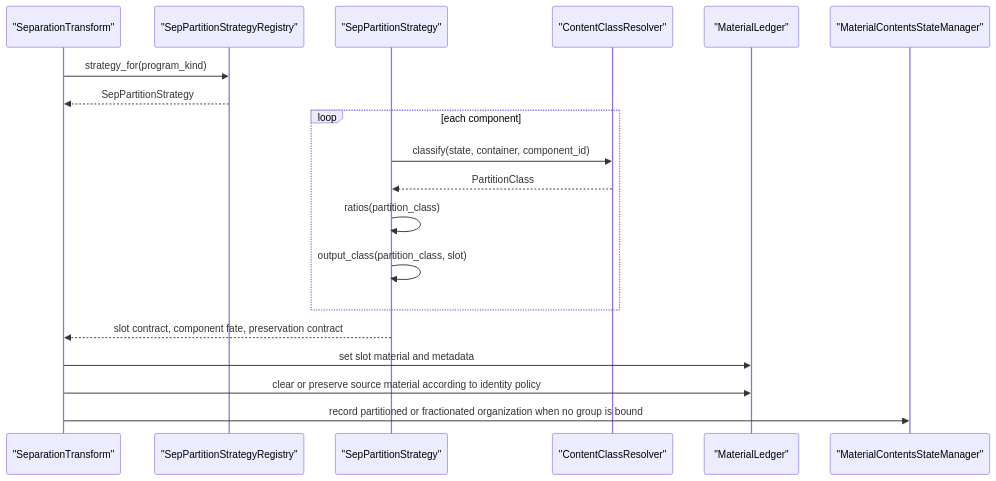
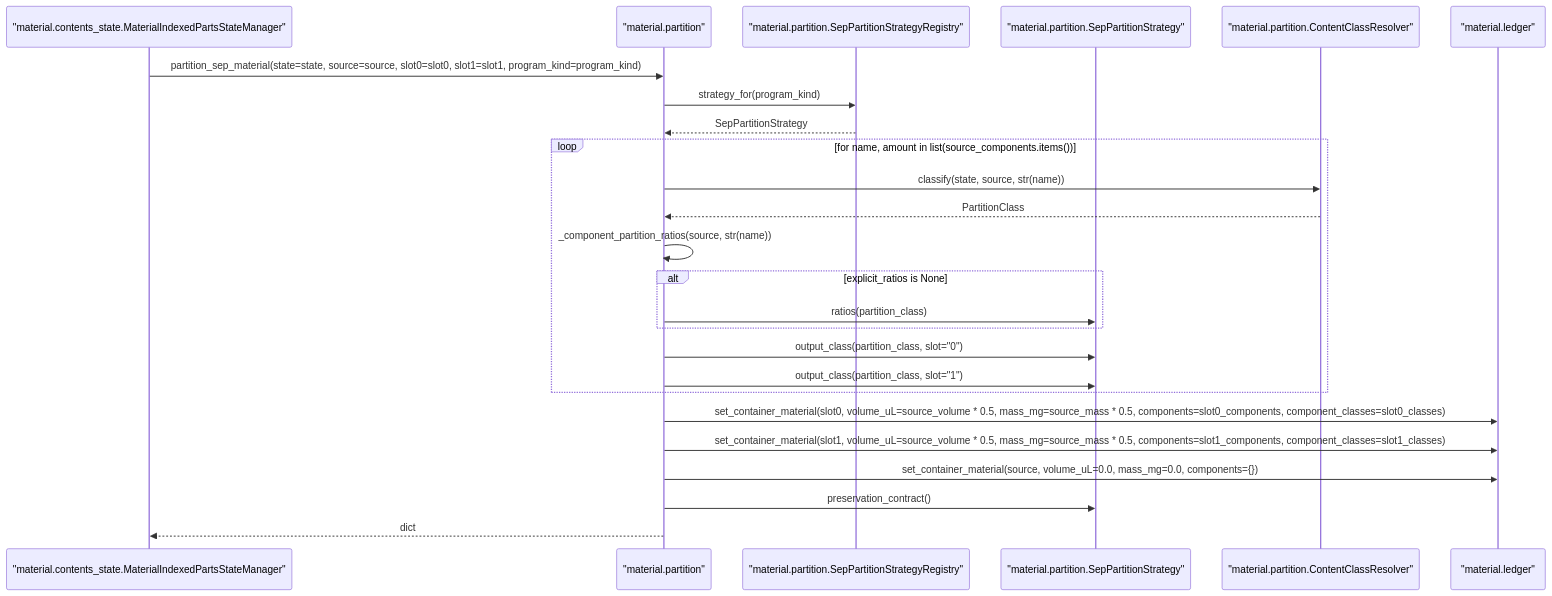
The seventh of 8 diagrams in docs/architecture/material_compute_module_diagrams.md (culsma/culsma), drawn with Mermaid before and after one commit. The commit also changed other lines of this file and 10 other files, not shown here.

````diff
--- a/docs/architecture/material_compute_module_diagrams.md
+++ b/docs/architecture/material_compute_module_diagrams.md
@@ -324,24 +338,30 @@
 ```mermaid
 sequenceDiagram
-    participant SeparationTransform as "SeparationTransform"
-    participant Registry as "SepPartitionStrategyRegistry"
-    participant Strategy as "SepPartitionStrategy"
-    participant Classes as "ContentClassResolver"
-    participant Ledger as "MaterialLedger"
-    participant ContentsState as "MaterialContentsStateManager"
+    participant PartsManager as "material.contents_state.MaterialIndexedPartsStateManager"
+    participant Partition as "material.partition"
+    participant Registry as "material.partition.SepPartitionStrategyRegistry"
+    participant Strategy as "material.partition.SepPartitionStrategy"
+    participant Classes as "material.partition.ContentClassResolver"
+    participant Ledger as "material.ledger"
 
-    SeparationTransform->>Registry: strategy_for(program_kind)
-    Registry-->>SeparationTransform: SepPartitionStrategy
+    PartsManager->>Partition: partition_sep_material(state=state, source=source, slot0=slot0, slot1=slot1, program_kind=program_kind)
+    Partition->>Registry: strategy_for(program_kind)
+    Registry-->>Partition: SepPartitionStrategy
 
-    loop each component
-        Strategy->>Classes: classify(state, container, component_id)
-        Classes-->>Strategy: PartitionClass
-        Strategy->>Strategy: ratios(partition_class)
-        Strategy->>Strategy: output_class(partition_class, slot)
+    loop for name, amount in list(source_components.items())
+        Partition->>Classes: classify(state, source, str(name))
+        Classes-->>Partition: PartitionClass
+        Partition->>Partition: _component_partition_ratios(source, str(name))
+        alt explicit_ratios is None
+            Partition->>Strategy: ratios(partition_class)
+        end
+        Partition->>Strategy: output_class(partition_class, slot="0")
+        Partition->>Strategy: output_class(partition_class, slot="1")
     end
 
-    Strategy-->>SeparationTransform: slot contract, component fate, preservation contract
-    SeparationTransform->>Ledger: set slot material and metadata
-    SeparationTransform->>Ledger: clear or preserve source material according to identity policy
-    SeparationTransform->>ContentsState: record partitioned or fractionated organization when no group is bound
+    Partition->>Ledger: set_container_material(slot0, volume_uL=source_volume * 0.5, mass_mg=source_mass * 0.5, components=slot0_components, component_classes=slot0_classes)
+    Partition->>Ledger: set_container_material(slot1, volume_uL=source_volume * 0.5, mass_mg=source_mass * 0.5, components=slot1_components, component_classes=slot1_classes)
+    Partition->>Ledger: set_container_material(source, volume_uL=0.0, mass_mg=0.0, components={})
+    Partition->>Strategy: preservation_contract()
+    Partition-->>PartsManager: dict
 ```
````
